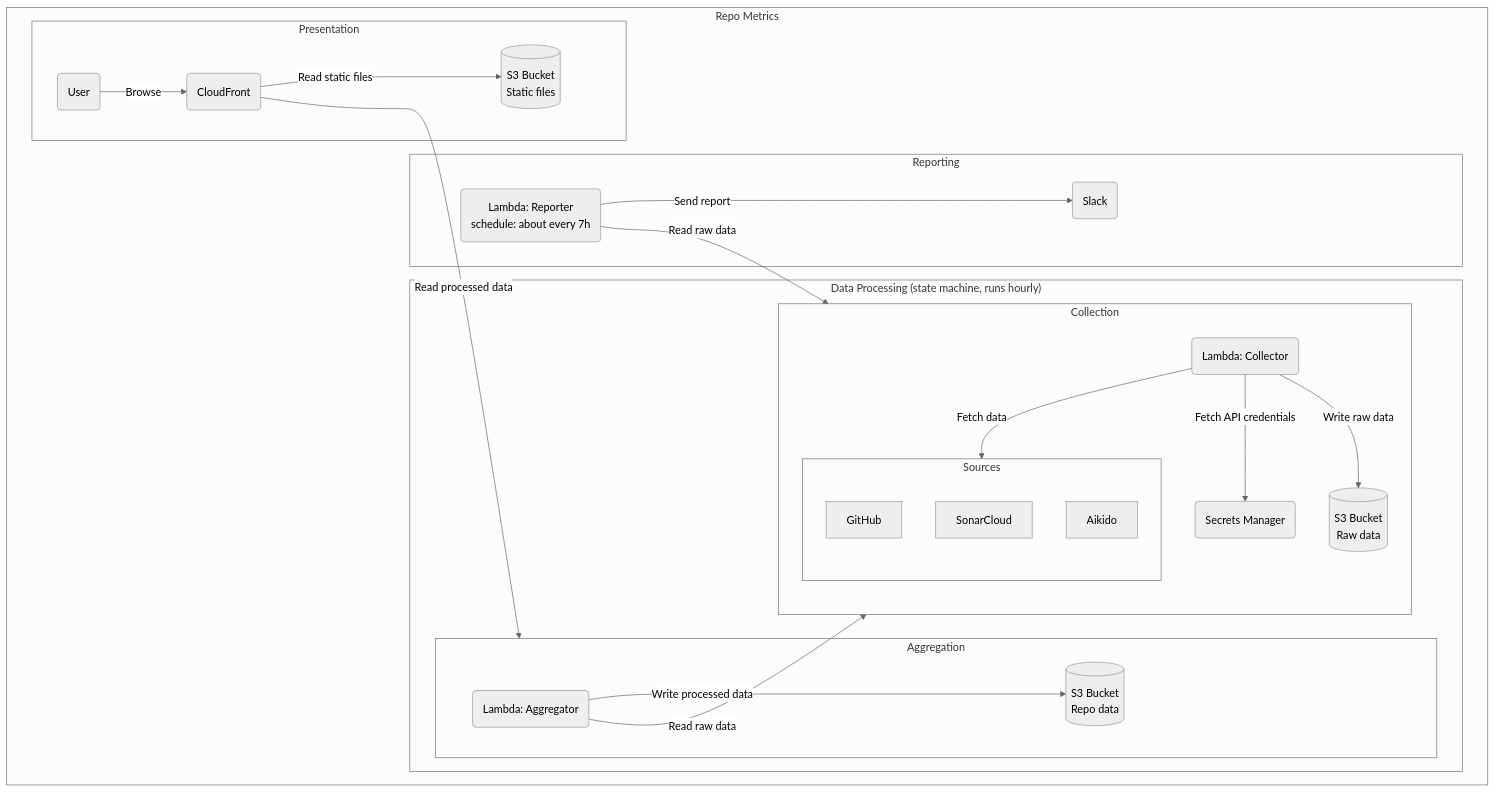
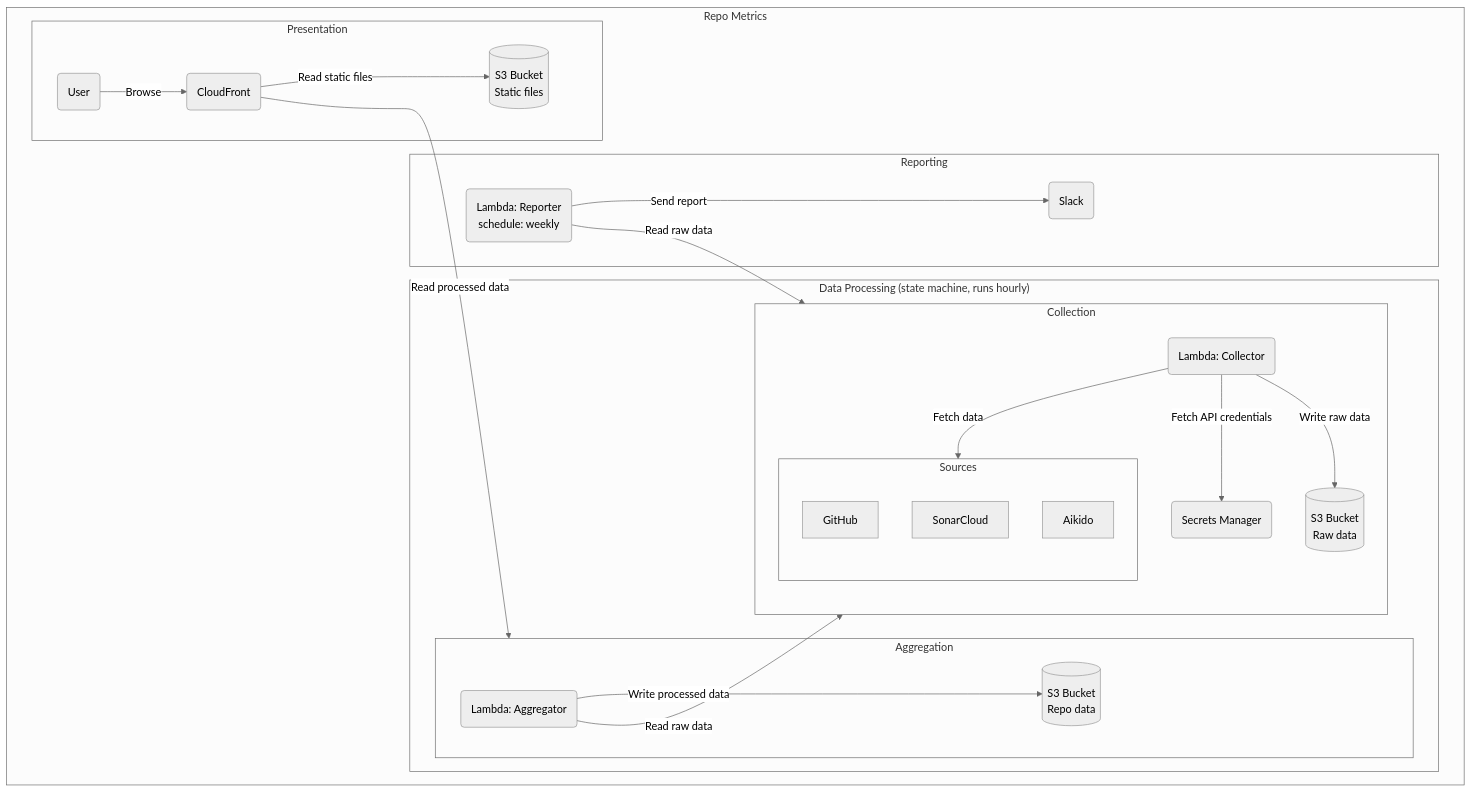
Before and after one commit to capralifecycle/liflig-repo-metrics: the diagram in README.md, drawn with Mermaid. The commit also changed other lines of this file and 10 other files, not shown here.

````diff
--- a/README.md
+++ b/README.md
@@ -16,48 +19,48 @@
 ```mermaid
 %%{init: {'theme':'neutral'}}%%
 graph TB
 subgraph Repo Metrics
 
   subgraph Sources
     GitHub
     SonarCloud
     Aikido
   end
 
   subgraph "Data Processing (state machine, runs hourly)"
     subgraph Collection
       collector(Lambda: Collector)
       secrets(Secrets Manager)
       raw_data[(S3 Bucket<br/>Raw data)]
       collector -- Fetch API credentials --> secrets
       collector -- Fetch data --> Sources
       collector -- Write raw data --> raw_data
     end
 
     subgraph Aggregation
       aggregator(Lambda: Aggregator)
       processed_data[(S3 Bucket<br/>Repo data)]
       aggregator -- Write processed data --> processed_data
     end
   end
 
   subgraph Reporting
-    report(Lambda: Reporter<br/>schedule: about every 7h)
+    report(Lambda: Reporter<br/>schedule: weekly)
     chat(Slack)
     report -- Send report --> chat
   end
 
   subgraph Presentation
     cf(CloudFront)
     static_files[(S3 Bucket<br/>Static files)]
     user(User)
     cf -- Read static files --> static_files
     user -- Browse --> cf
   end
 
   aggregator -- Read raw data --> Collection
   report -- Read raw data --> Collection
   cf -- Read processed data --> Aggregation
 
 end
 ```
````
